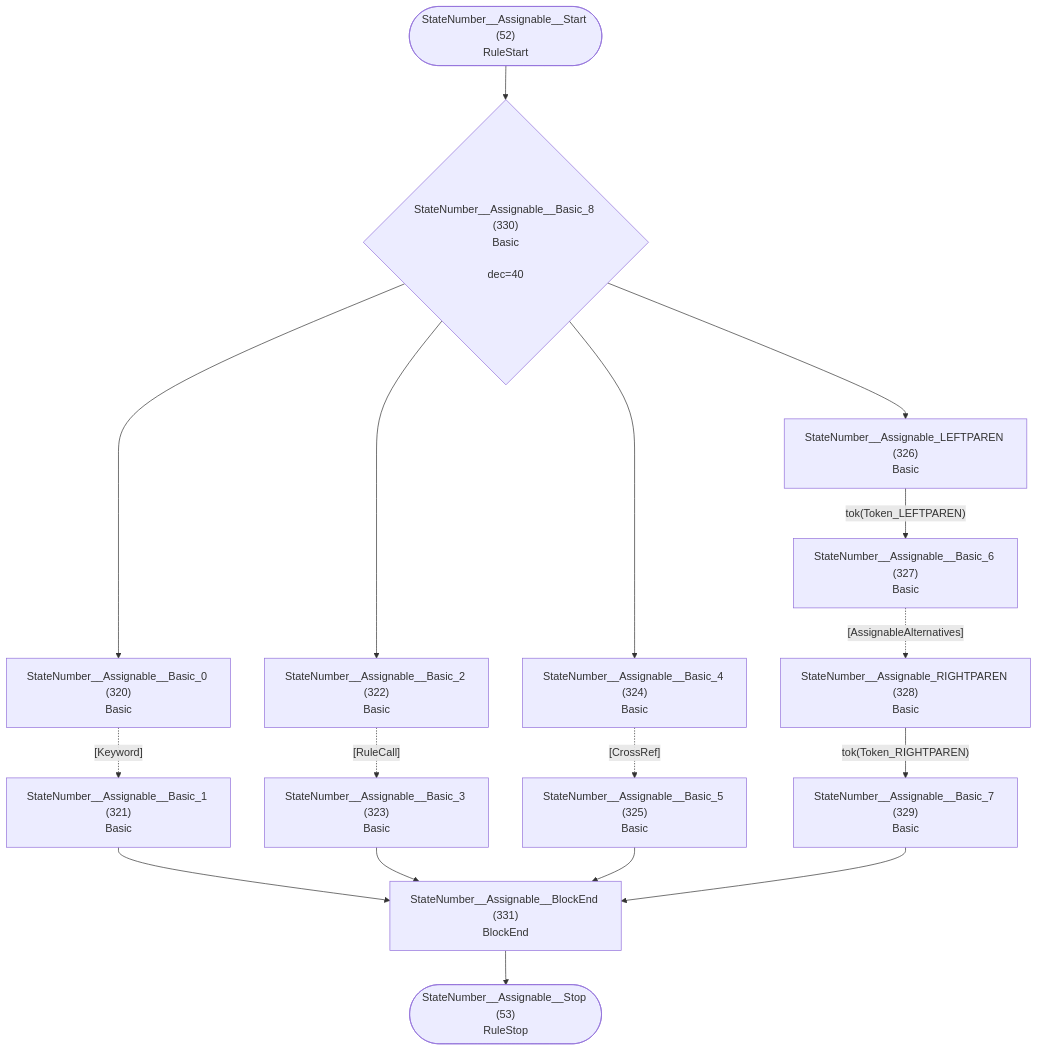
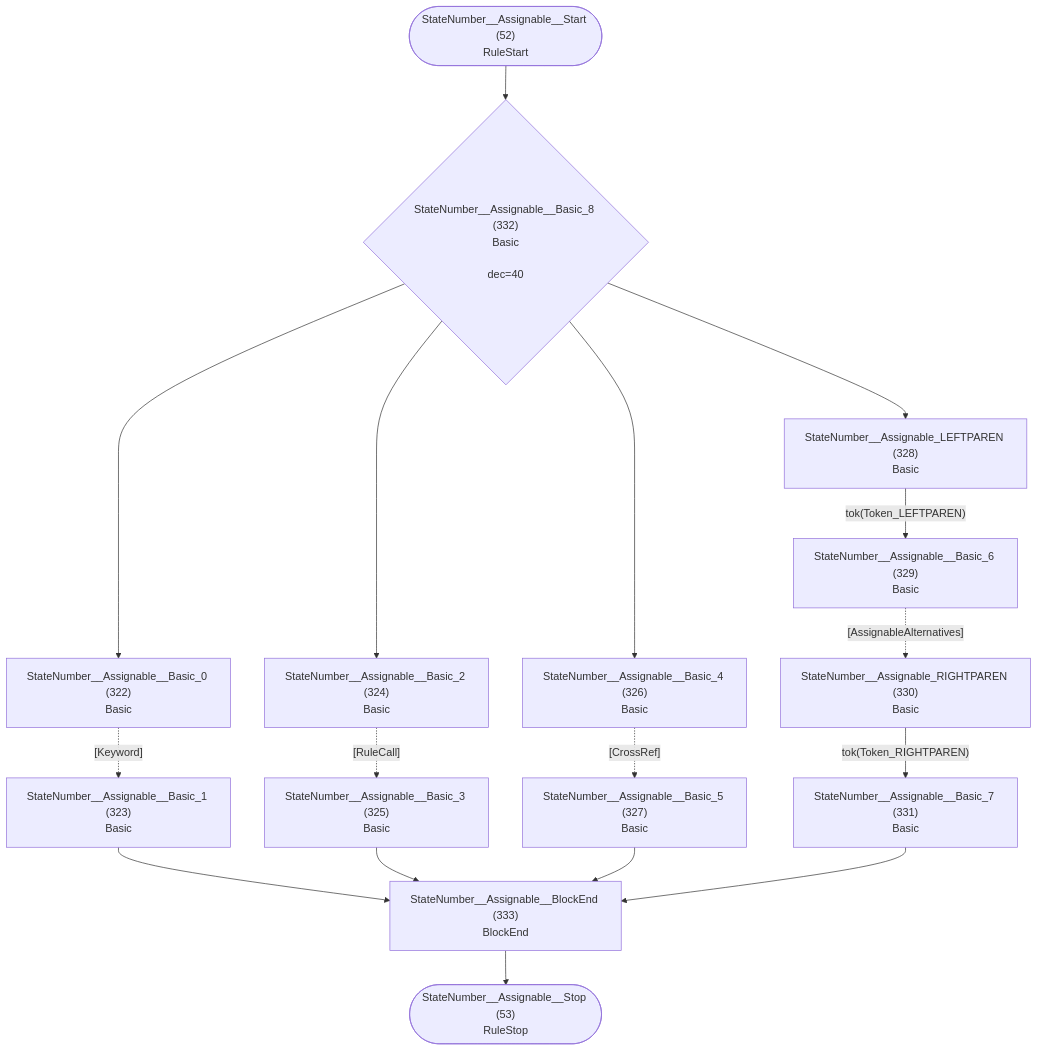
One commit to TypeFox/fastbelt changed diagram 27 of 36 in internal/grammar/atn.md. Above: the diagram before and after it, drawn with Mermaid. The commit also changed other lines of this file and 11 other files, not shown here.

````diff
--- a/internal/grammar/atn.md
+++ b/internal/grammar/atn.md
@@ -816,34 +820,34 @@
 ```mermaid
 flowchart TD
     q52(["StateNumber__Assignable__Start (52)<br/>RuleStart"])
     q53(["StateNumber__Assignable__Stop (53)<br/>RuleStop"])
-    q320["StateNumber__Assignable__Basic_0 (320)<br/>Basic<br/>"]
-    q321["StateNumber__Assignable__Basic_1 (321)<br/>Basic<br/>"]
-    q322["StateNumber__Assignable__Basic_2 (322)<br/>Basic<br/>"]
-    q323["StateNumber__Assignable__Basic_3 (323)<br/>Basic<br/>"]
-    q324["StateNumber__Assignable__Basic_4 (324)<br/>Basic<br/>"]
-    q325["StateNumber__Assignable__Basic_5 (325)<br/>Basic<br/>"]
-    q326["StateNumber__Assignable_LEFTPAREN (326)<br/>Basic<br/>"]
-    q327["StateNumber__Assignable__Basic_6 (327)<br/>Basic<br/>"]
-    q328["StateNumber__Assignable_RIGHTPAREN (328)<br/>Basic<br/>"]
-    q329["StateNumber__Assignable__Basic_7 (329)<br/>Basic<br/>"]
-    q330{"StateNumber__Assignable__Basic_8 (330)<br/>Basic<br/><br/>dec=40"}
-    q331["StateNumber__Assignable__BlockEnd (331)<br/>BlockEnd<br/>"]
+    q322["StateNumber__Assignable__Basic_0 (322)<br/>Basic<br/>"]
+    q323["StateNumber__Assignable__Basic_1 (323)<br/>Basic<br/>"]
+    q324["StateNumber__Assignable__Basic_2 (324)<br/>Basic<br/>"]
+    q325["StateNumber__Assignable__Basic_3 (325)<br/>Basic<br/>"]
+    q326["StateNumber__Assignable__Basic_4 (326)<br/>Basic<br/>"]
+    q327["StateNumber__Assignable__Basic_5 (327)<br/>Basic<br/>"]
+    q328["StateNumber__Assignable_LEFTPAREN (328)<br/>Basic<br/>"]
+    q329["StateNumber__Assignable__Basic_6 (329)<br/>Basic<br/>"]
+    q330["StateNumber__Assignable_RIGHTPAREN (330)<br/>Basic<br/>"]
+    q331["StateNumber__Assignable__Basic_7 (331)<br/>Basic<br/>"]
+    q332{"StateNumber__Assignable__Basic_8 (332)<br/>Basic<br/><br/>dec=40"}
+    q333["StateNumber__Assignable__BlockEnd (333)<br/>BlockEnd<br/>"]
 
-    q52 --> q330
-    q320 -.->|"[Keyword]"| q321
-    q321 --> q331
-    q322 -.->|"[RuleCall]"| q323
-    q323 --> q331
-    q324 -.->|"[CrossRef]"| q325
-    q325 --> q331
-    q326 -->|"tok(Token_LEFTPAREN)"| q327
-    q327 -.->|"[AssignableAlternatives]"| q328
-    q328 -->|"tok(Token_RIGHTPAREN)"| q329
-    q329 --> q331
-    q330 --> q320
-    q330 --> q322
-    q330 --> q324
-    q330 --> q326
-    q331 --> q53
+    q52 --> q332
+    q322 -.->|"[Keyword]"| q323
+    q323 --> q333
+    q324 -.->|"[RuleCall]"| q325
+    q325 --> q333
+    q326 -.->|"[CrossRef]"| q327
+    q327 --> q333
+    q328 -->|"tok(Token_LEFTPAREN)"| q329
+    q329 -.->|"[AssignableAlternatives]"| q330
+    q330 -->|"tok(Token_RIGHTPAREN)"| q331
+    q331 --> q333
+    q332 --> q322
+    q332 --> q324
+    q332 --> q326
+    q332 --> q328
+    q333 --> q53
 ```
````
